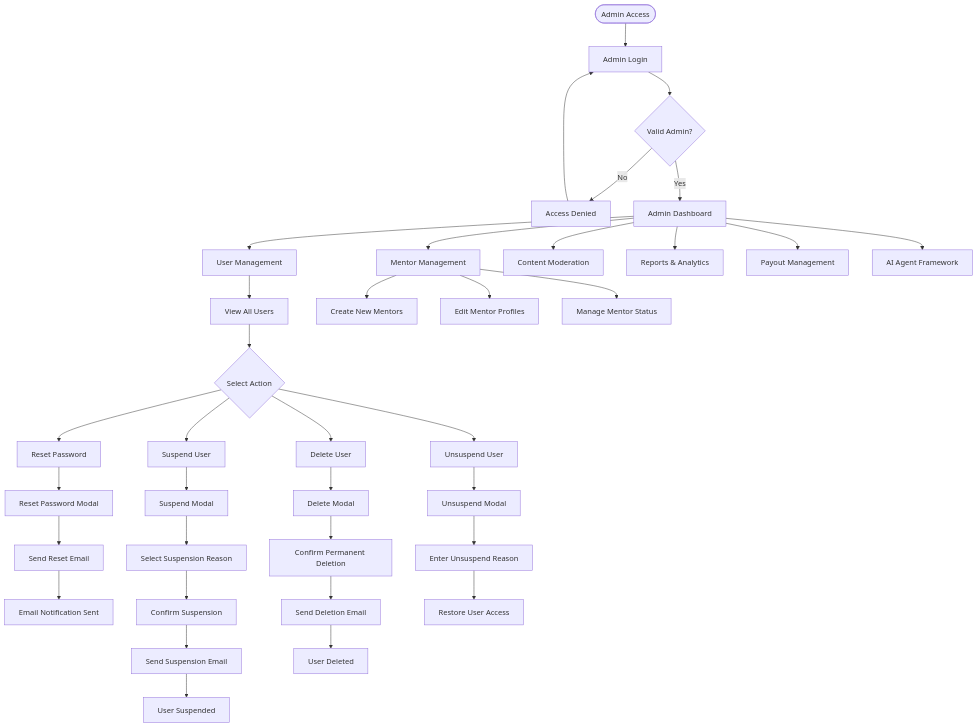
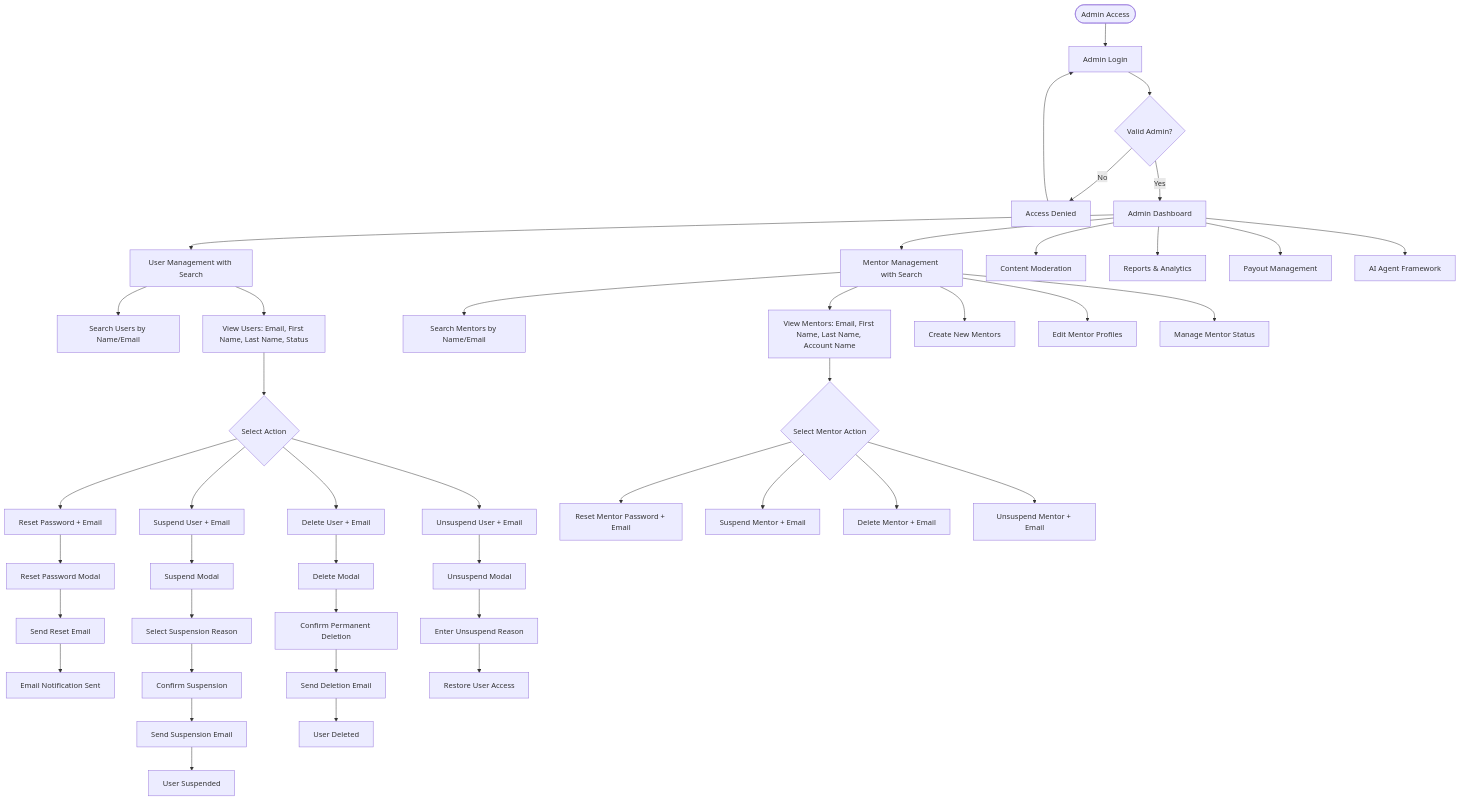
The fourth of 7 diagrams in ONLYMENTORS_WORKFLOW_DIAGRAMS.md (pdorsey2112/onlymentors.ai), drawn with Mermaid before and after one commit.

Commit message:
auto-commit for 2182ade4-420f-4b72-b8fc-211b6f712c6c

````diff
--- a/ONLYMENTORS_WORKFLOW_DIAGRAMS.md
+++ b/ONLYMENTORS_WORKFLOW_DIAGRAMS.md
@@ -172,47 +172,57 @@
 ```mermaid
 flowchart TD
     AdminStart([Admin Access]) --> AdminLogin[Admin Login]
     AdminLogin --> ValidateAdmin{Valid Admin?}
     ValidateAdmin -->|No| AdminError[Access Denied]
     ValidateAdmin -->|Yes| AdminDash[Admin Dashboard]
     
-    AdminDash --> UserMgmt[User Management]
-    AdminDash --> MentorMgmt[Mentor Management]
+    AdminDash --> UserMgmt[User Management with Search]
+    AdminDash --> MentorMgmt[Mentor Management with Search]
     AdminDash --> ContentMod[Content Moderation]
     AdminDash --> Reports[Reports & Analytics]
     AdminDash --> Payouts[Payout Management]
     AdminDash --> AIAgents[AI Agent Framework]
     
-    UserMgmt --> UserList[View All Users]
+    UserMgmt --> UserSearch[Search Users by Name/Email]
+    UserMgmt --> UserList[View Users: Email, First Name, Last Name, Status]
     UserList --> UserActions{Select Action}
     
-    UserActions --> ResetPwd[Reset Password]
-    UserActions --> SuspendUser[Suspend User]
-    UserActions --> DeleteUser[Delete User]
-    UserActions --> UnsuspendUser[Unsuspend User]
+    UserActions --> ResetPwd[Reset Password + Email]
+    UserActions --> SuspendUser[Suspend User + Email]
+    UserActions --> DeleteUser[Delete User + Email]
+    UserActions --> UnsuspendUser[Unsuspend User + Email]
+    
+    MentorMgmt --> MentorSearch[Search Mentors by Name/Email]
+    MentorMgmt --> MentorList[View Mentors: Email, First Name, Last Name, Account Name]
+    MentorList --> MentorActions{Select Mentor Action}
+    
+    MentorActions --> ResetMentorPwd[Reset Mentor Password + Email]
+    MentorActions --> SuspendMentor[Suspend Mentor + Email]
+    MentorActions --> DeleteMentor[Delete Mentor + Email]
+    MentorActions --> UnsuspendMentor[Unsuspend Mentor + Email]
     
     ResetPwd --> ResetModal[Reset Password Modal]
     ResetModal --> SendEmail[Send Reset Email]
     SendEmail --> EmailSent[Email Notification Sent]
     
     SuspendUser --> SuspendModal[Suspend Modal]
     SuspendModal --> SelectReason[Select Suspension Reason]
     SelectReason --> ConfirmSuspend[Confirm Suspension]
     ConfirmSuspend --> SuspendEmail[Send Suspension Email]
     SuspendEmail --> UserSuspended[User Suspended]
     
     DeleteUser --> DeleteModal[Delete Modal]
     DeleteModal --> ConfirmDelete[Confirm Permanent Deletion]
     ConfirmDelete --> DeleteEmail[Send Deletion Email]
     DeleteEmail --> UserDeleted[User Deleted]
     
     UnsuspendUser --> UnsuspendModal[Unsuspend Modal]
     UnsuspendModal --> UnsuspendReason[Enter Unsuspend Reason]
     UnsuspendReason --> RestoreAccess[Restore User Access]
     
     MentorMgmt --> CreateMentor[Create New Mentors]
     MentorMgmt --> EditMentor[Edit Mentor Profiles]
     MentorMgmt --> MentorStatus[Manage Mentor Status]
     
     AdminError --> AdminLogin
 ```
````
